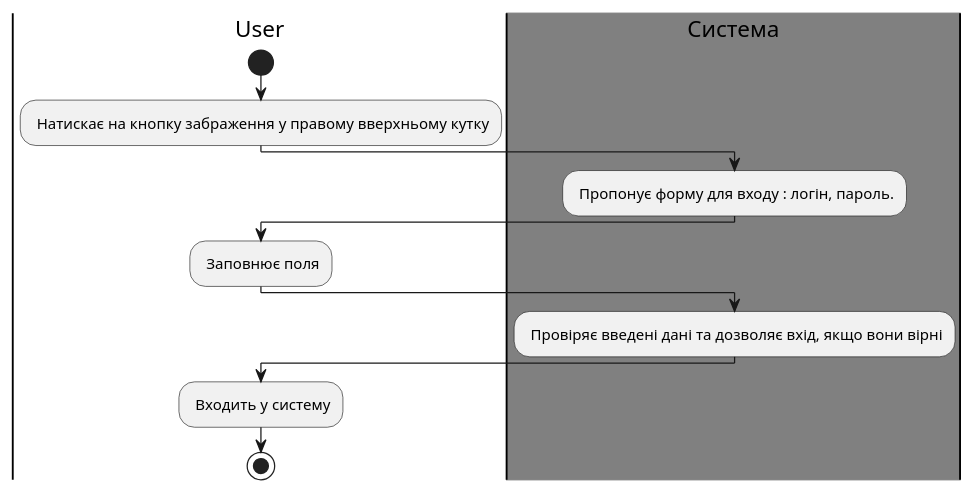
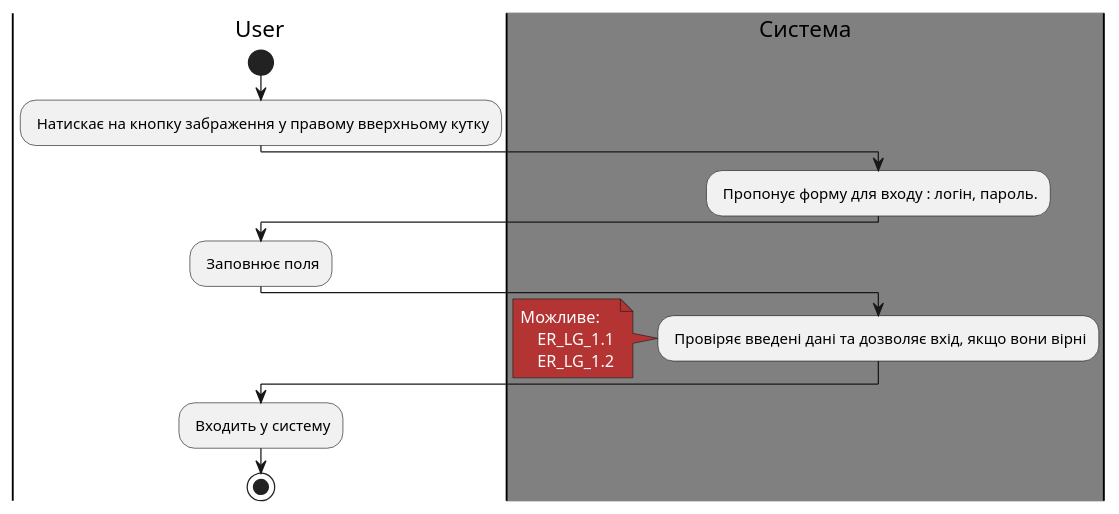
One commit to l0releei/Vt_website changed the diagram in doc/uml/log-in.puml. Above: the diagram before and after it, drawn with PlantUML.

```diff
--- a/doc/uml/log-in.puml
+++ b/doc/uml/log-in.puml
@@ -1,31 +1,35 @@
 @startuml
 skinparam ArchimateBackgroundColor #ffffff
 skinparam	shadowing false
 skinparam Note {
 	BackgroundColor #B43434
 	FontColor #ffffff
 }
 
 
 |User| 
 start
 
 : Натискає на кнопку забраження у правому вверхньому кутку;
 
 |#Gray|Система|
 
 : Пропонує форму для входу : логін, пароль.;
 
 |User| 
 
 : Заповнює поля;
 
 |#Gray|Система|
 : Провіряє введені дані та дозволяє вхід, якщо вони вірні;
-
+note left
+Можливе:
+    ER_LG_1.1
+    ER_LG_1.2
+end note
 |User| 
 
 : Входить у систему;
 
 stop;
 @enduml
```
